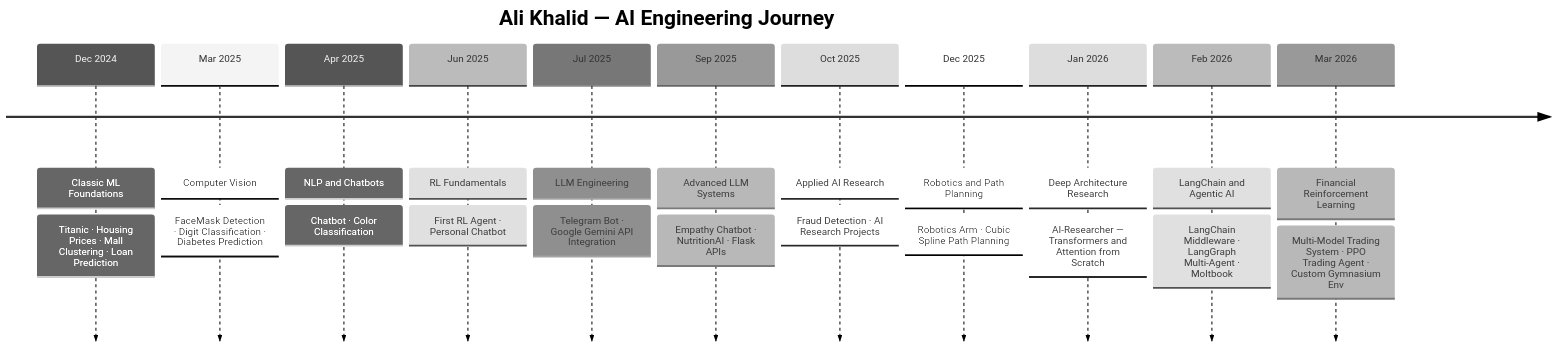
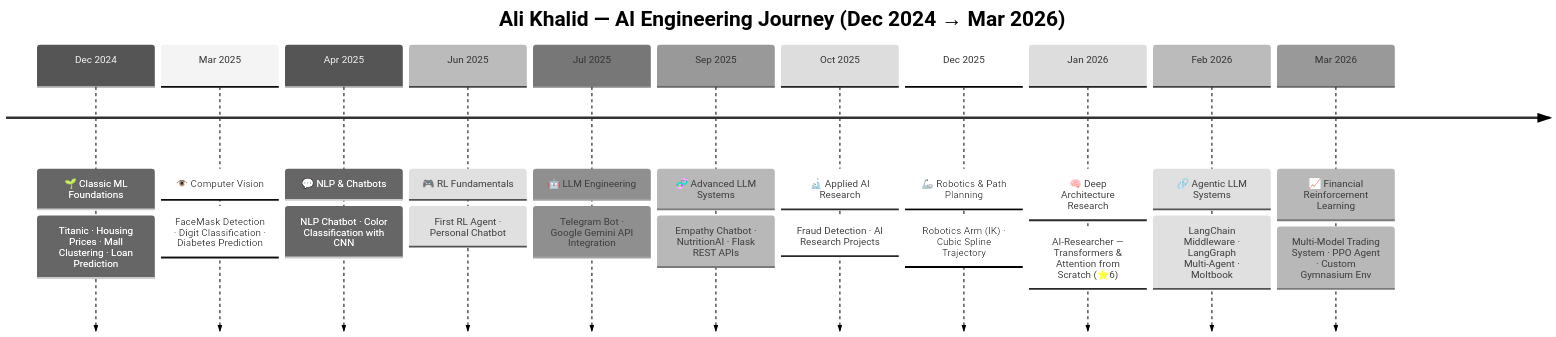
The fourth of 4 diagrams in README.md (Alouakhalid/Alouakhalid), drawn with Mermaid (neutral theme) before and after one commit. The commit also changed other lines of this file, not shown here.

````diff
--- a/README.md
+++ b/README.md
@@ -466,26 +602,37 @@
 ```mermaid
 timeline
-    title Ali Khalid — AI Engineering Journey
-    Dec 2024 : Classic ML Foundations
+    title Ali Khalid — AI Engineering Journey (Dec 2024 → Mar 2026)
+
+    Dec 2024 : 🌱 Classic ML Foundations
              : Titanic · Housing Prices · Mall Clustering · Loan Prediction
-    Mar 2025 : Computer Vision
+
+    Mar 2025 : 👁️ Computer Vision
              : FaceMask Detection · Digit Classification · Diabetes Prediction
-    Apr 2025 : NLP and Chatbots
-             : Chatbot · Color Classification
-    Jun 2025 : RL Fundamentals
+
+    Apr 2025 : 💬 NLP & Chatbots
+             : NLP Chatbot · Color Classification with CNN
+
+    Jun 2025 : 🎮 RL Fundamentals
              : First RL Agent · Personal Chatbot
-    Jul 2025 : LLM Engineering
+
+    Jul 2025 : 🤖 LLM Engineering
              : Telegram Bot · Google Gemini API Integration
-    Sep 2025 : Advanced LLM Systems
-             : Empathy Chatbot · NutritionAI · Flask APIs
-    Oct 2025 : Applied AI Research
+
+    Sep 2025 : 🧬 Advanced LLM Systems
+             : Empathy Chatbot · NutritionAI · Flask REST APIs
+
+    Oct 2025 : 🔬 Applied AI Research
              : Fraud Detection · AI Research Projects
-    Dec 2025 : Robotics and Path Planning
-             : Robotics Arm · Cubic Spline Path Planning
-    Jan 2026 : Deep Architecture Research
-             : AI-Researcher — Transformers and Attention from Scratch
-    Feb 2026 : LangChain and Agentic AI
+
+    Dec 2025 : 🦾 Robotics & Path Planning
+             : Robotics Arm (IK) · Cubic Spline Trajectory
+
+    Jan 2026 : 🧠 Deep Architecture Research
+             : AI-Researcher — Transformers & Attention from Scratch (⭐6)
+
+    Feb 2026 : 🔗 Agentic LLM Systems
              : LangChain Middleware · LangGraph Multi-Agent · Moltbook
-    Mar 2026 : Financial Reinforcement Learning
-             : Multi-Model Trading System · PPO Trading Agent · Custom Gymnasium Env
+
+    Mar 2026 : 📈 Financial Reinforcement Learning
+             : Multi-Model Trading System · PPO Agent · Custom Gymnasium Env
 ```
````
